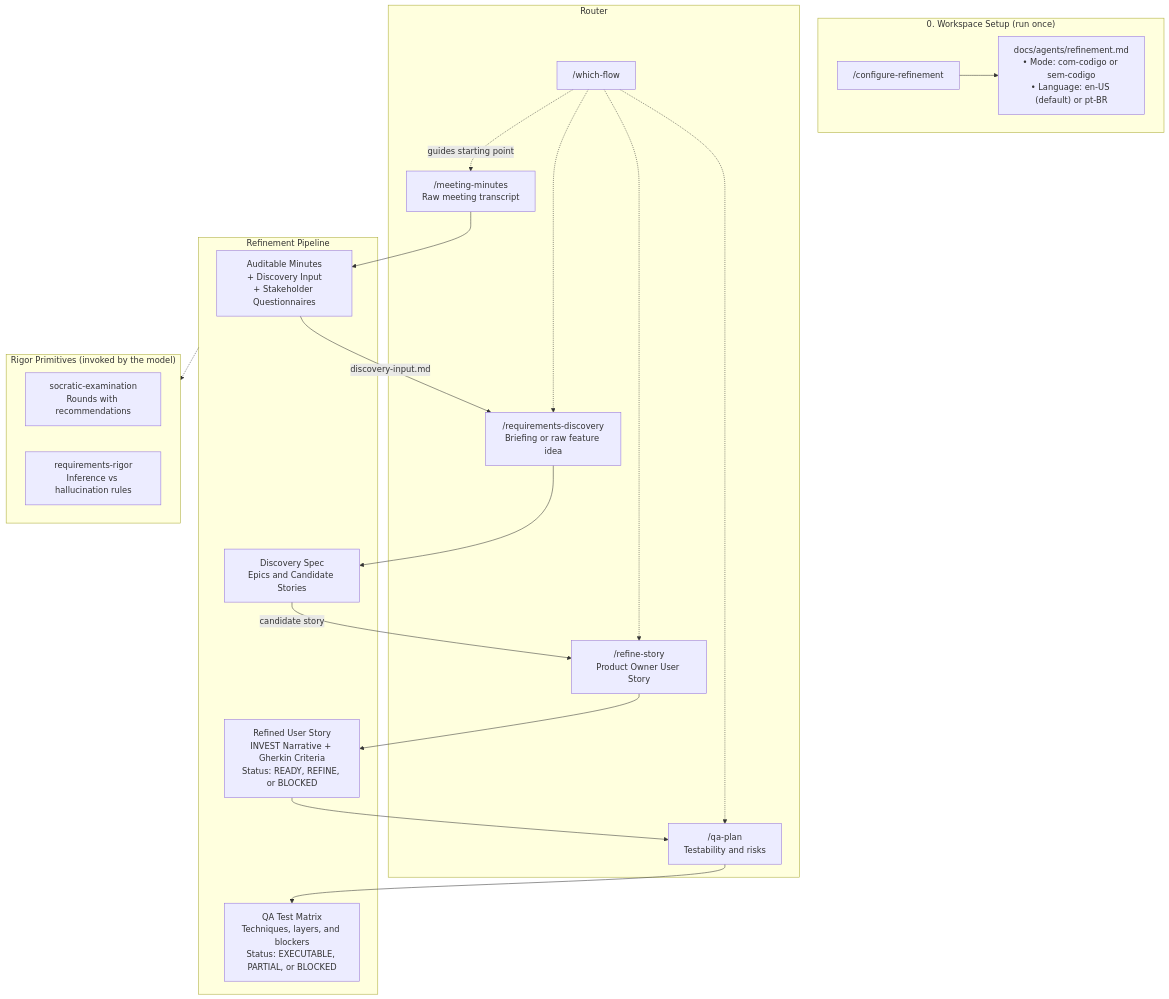
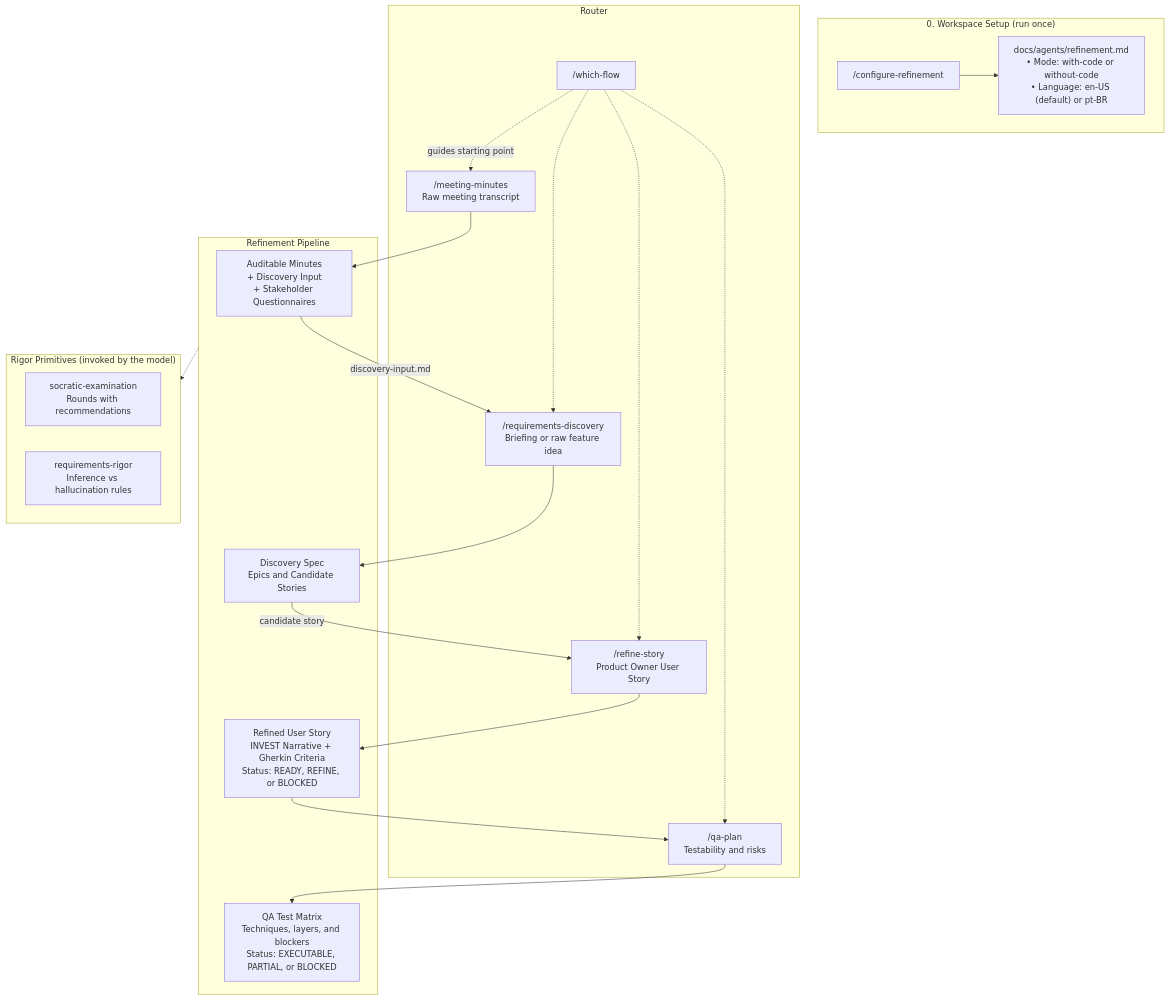
Before and after one commit to RafaelFerSilva/refinement-agent-skills: the diagram in README.md, drawn with Mermaid. The commit also changed other lines of this file and 15 other files, not shown here.

Commit message:
feat(skills): make with-code and without-code canonical mode tokens

````diff
--- a/README.md
+++ b/README.md
@@ -17,30 +17,30 @@
 ```mermaid
 flowchart TD
     subgraph Setup["0. Workspace Setup (run once)"]
-        CFG["/configure-refinement"] --> CFG_OUT["docs/agents/refinement.md<br/>• Mode: com-codigo or sem-codigo<br/>• Language: en-US (default) or pt-BR"]
+        CFG["/configure-refinement"] --> CFG_OUT["docs/agents/refinement.md<br/>• Mode: with-code or without-code<br/>• Language: en-US (default) or pt-BR"]
     end
 
     subgraph Router["Router"]
         QF["/which-flow"] -.->|"guides starting point"| ATA
         QF -.-> DISC
         QF -.-> REF
         QF -.-> QA
     end
 
     subgraph Pipeline["Refinement Pipeline"]
         ATA["/meeting-minutes<br/>Raw meeting transcript"] --> ATA_OUT["Auditable Minutes<br/>+ Discovery Input<br/>+ Stakeholder Questionnaires"]
         ATA_OUT -->|"discovery-input.md"| DISC["/requirements-discovery<br/>Briefing or raw feature idea"]
         DISC --> DISC_OUT["Discovery Spec<br/>Epics and Candidate Stories"]
         DISC_OUT -->|"candidate story"| REF["/refine-story<br/>Product Owner User Story"]
         REF --> REF_OUT["Refined User Story<br/>INVEST Narrative + Gherkin Criteria<br/>Status: READY, REFINE, or BLOCKED"]
         REF_OUT --> QA["/qa-plan<br/>Testability and risks"]
         QA --> QA_OUT["QA Test Matrix<br/>Techniques, layers, and blockers<br/>Status: EXECUTABLE, PARTIAL, or BLOCKED"]
     end
 
     subgraph Core["Rigor Primitives (invoked by the model)"]
         SAB["socratic-examination<br/>Rounds with recommendations"]
         RIG["requirements-rigor<br/>Inference vs hallucination rules"]
     end
 
     Pipeline -.-> Core
 ```
````
